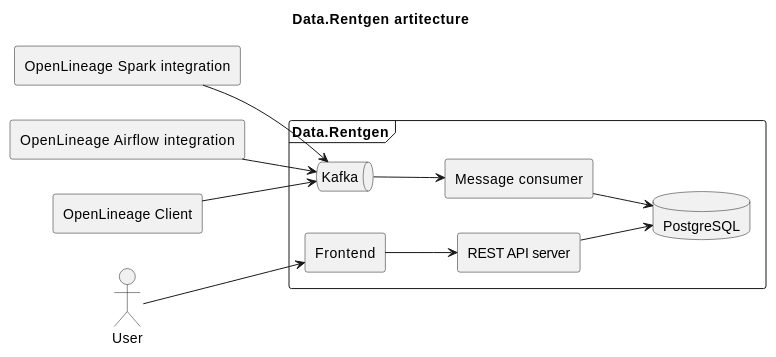
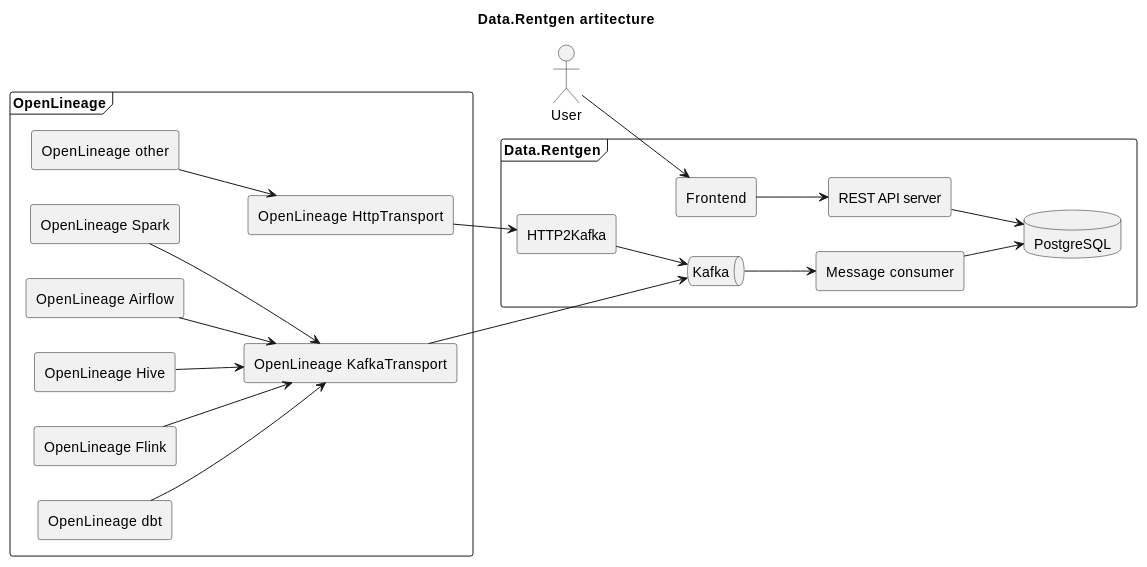
The diagram in docs/reference/architecture.rst (MobileTeleSystems/data-rentgen), drawn with PlantUML before and after one commit. The commit also changed other lines of this file and 67 other files, not shown here.

Commit message:
[DOP-25468] Introduce http2kafka component

```diff
--- a/docs/reference/architecture.rst
+++ b/docs/reference/architecture.rst
@@ -21,33 +22,48 @@
 .. plantuml::
 
     @startuml
         title Data.Rentgen artitecture
         skinparam componentStyle rectangle
         left to right direction
 
-        agent "OpenLineage Spark integration" as SPARK
-        agent "OpenLineage Airflow integration" as AIRFLOW
-        agent "OpenLineage Client" as OPENLINEAGE
-
         frame "Data.Rentgen" {
             queue "Kafka" as KAFKA
             component "Message consumer" as CONSUMER
             database "PostgreSQL" as DB
             component "REST API server" as API
             component "Frontend" as FRONTEND
+            component "HTTP2Kafka" as HTTP2KAFKA
+        }
+
+        frame "OpenLineage" {
+            agent "OpenLineage Spark" as SPARK
+            agent "OpenLineage Airflow" as AIRFLOW
+            agent "OpenLineage Hive" as HIVE
+            agent "OpenLineage Flink" as FLINK
+            agent "OpenLineage dbt" as DBT
+            agent "OpenLineage other" as OTHER
+            agent "OpenLineage KafkaTransport" as KAFKA_TRANSPORT
+            agent "OpenLineage HttpTransport" as HTTP_TRANSPORT
         }
 
         actor "User" as USER
 
-        [SPARK] --> [KAFKA]
-        [AIRFLOW] --> [KAFKA]
-        [OPENLINEAGE] --> [KAFKA]
+        [SPARK] --> [KAFKA_TRANSPORT]
+        [AIRFLOW] --> [KAFKA_TRANSPORT]
+        [HIVE] --> [KAFKA_TRANSPORT]
+        [FLINK] --> [KAFKA_TRANSPORT]
+        [DBT] --> [KAFKA_TRANSPORT]
+        [KAFKA_TRANSPORT] --> [KAFKA]
+
+        [OTHER] --> [HTTP_TRANSPORT]
+        [HTTP_TRANSPORT] --> [HTTP2KAFKA]
+        [HTTP2KAFKA] --> [KAFKA]
 
         [KAFKA] --> [CONSUMER]
         [CONSUMER] --> [DB]
 
         [API] --> [DB]
         [FRONTEND] --> [API]
         [USER] --> [FRONTEND]
 
     @enduml
```
